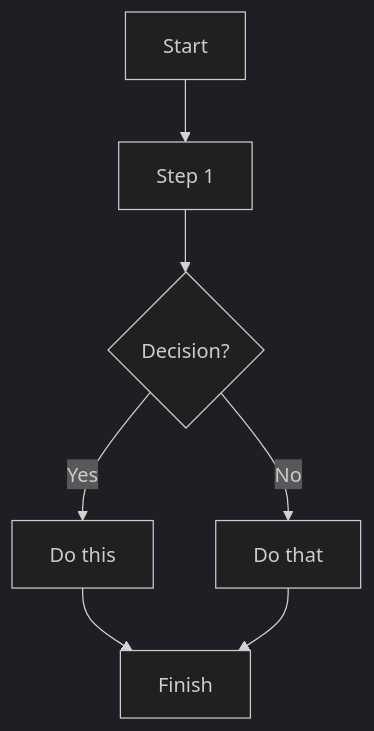
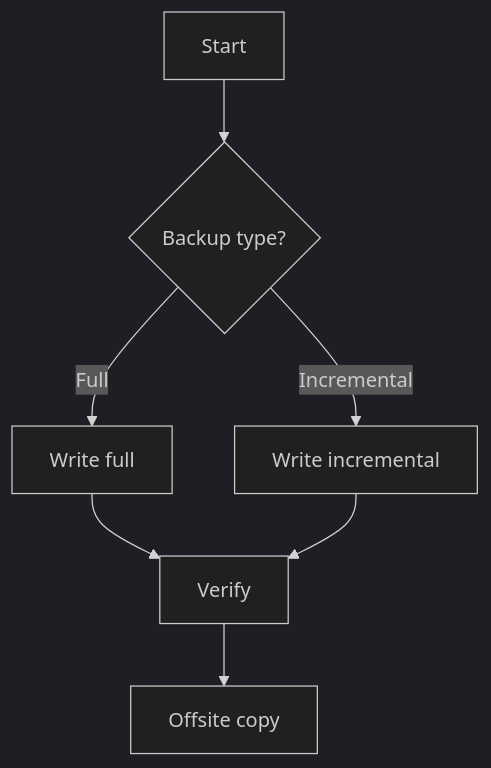
Before and after one commit to LieutenantJimmy/M143_PE24c_Homelab_Backup_Concept: the first of 9 diagrams in 01-Concept/backup_concept.md, drawn with Mermaid (dark theme). The commit also changed other lines of this file, not shown here.

````diff
--- a/01-Concept/backup_concept.md
+++ b/01-Concept/backup_concept.md
@@ -5,9 +8,9 @@
 ```mermaid
 graph TD
-  A[Start] --> B[Step 1]
-  B --> C{Decision?}
-  C -->|Yes| D[Do this]
-  C -->|No| E[Do that]
-  D --> F[Finish]
-  E --> F[Finish]
+  A[Start] --> B{Backup type?}
+  B -->|Full| C[Write full]
+  B -->|Incremental| D[Write incremental]
+  C --> E[Verify]
+  D --> E
+  E --> F[Offsite copy]
 ```
````
